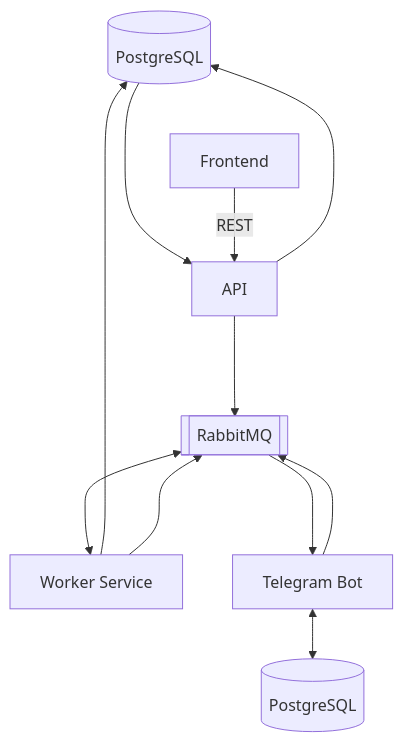
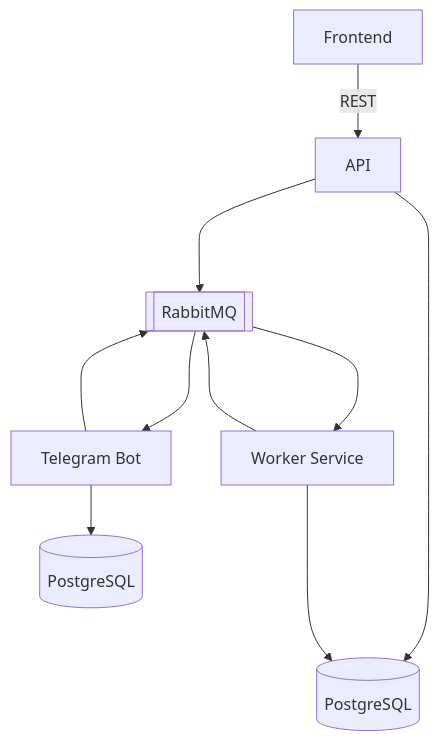
One commit to vladzvx/mermaid_learning changed the diagram in README.md. Above: the diagram before and after it, drawn with Mermaid.

````diff
--- a/README.md
+++ b/README.md
@@ -3,19 +3,18 @@
 ```mermaid
-flowchart TB
+flowchart TD
     mainDb[(PostgreSQL)]
     botDb[(PostgreSQL)]
     api[API]
     service[Worker Service]
     botService[Telegram Bot]
     broker[[RabbitMQ]]
     frontend[Frontend]
 
-botService <--> botDb
+botService --> botDb
 api ---> mainDb
-mainDb ---> api
 service ---> mainDb
-frontend --"REST"--> api ---> broker <--> service
+frontend --"REST"--> api ---> broker --> service
 service ---> broker
 botService ---> broker
 broker ---> botService
 ```
````
